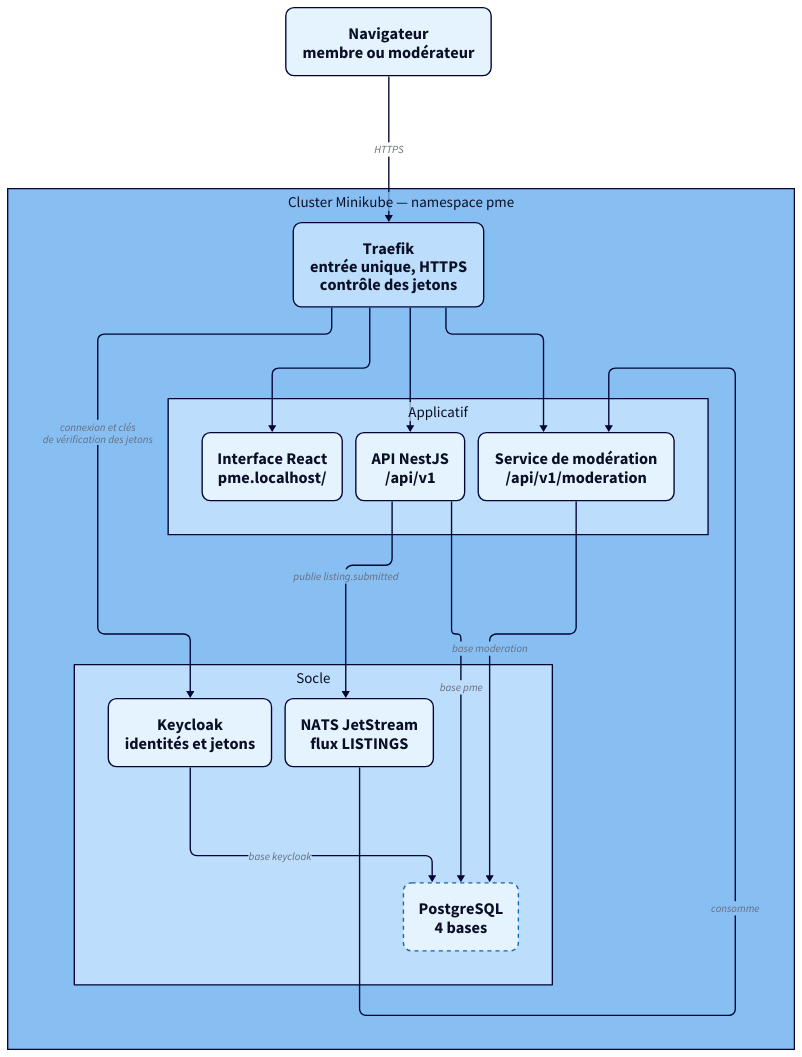
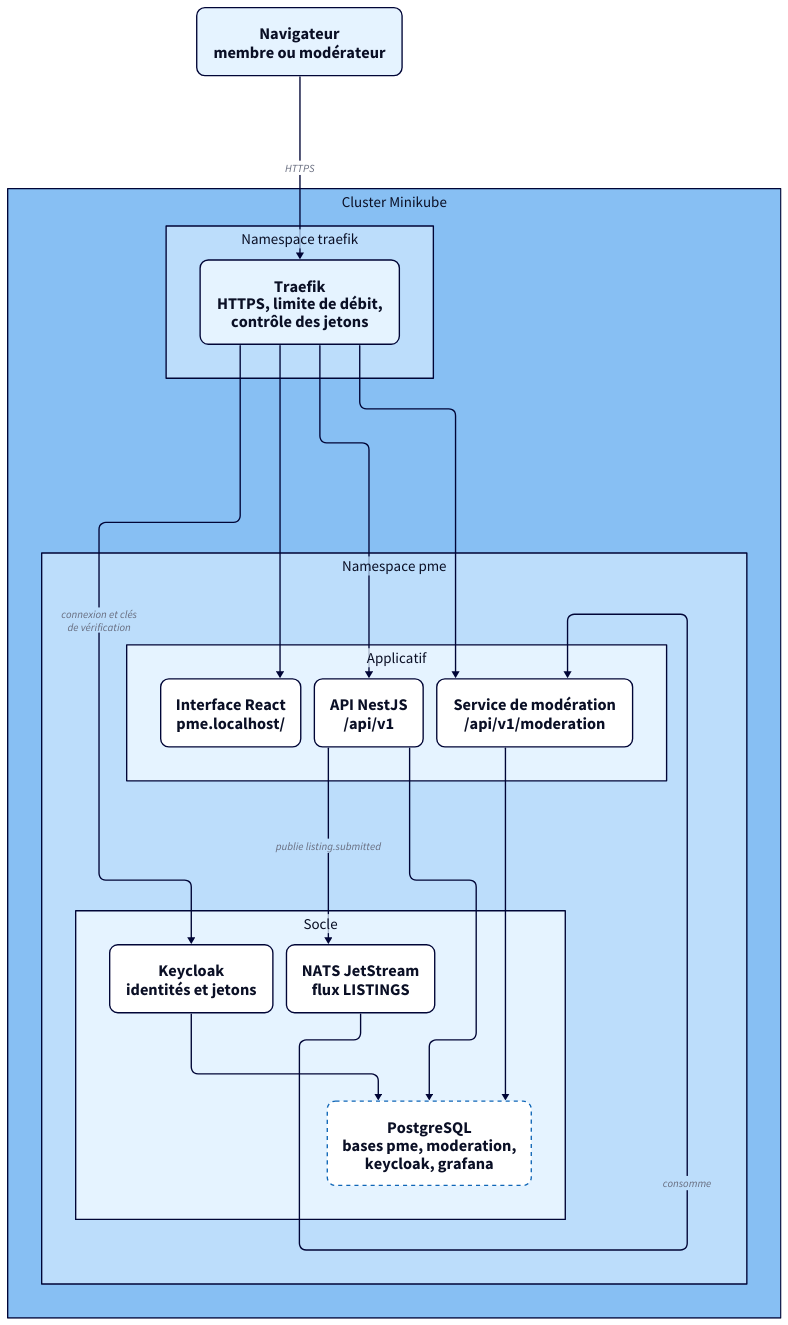
Before and after one commit to kitaah/pme: the first of 2 diagrams in docs/architecture.md, drawn with D2. The commit also changed other lines of this file and 2 other files, not shown here.

Commit message:
feat(ingress): rate limit requests to 200 per minute at Traefik

````diff
--- a/docs/architecture.md
+++ b/docs/architecture.md
@@ -40,62 +55,69 @@
 ```d2
 vars: {
   d2-config: {
     layout-engine: elk
     theme-id: 5
     pad: 8
   }
 }
 direction: down
 
 # Mise en forme commune : texte lisible à la largeur de la page, angles arrondis
 classes: {
   boite: {
     style: {
       font-size: 24
       border-radius: 12
     }
   }
   donnee: {
     style: {
       font-size: 24
       border-radius: 12
       stroke-dash: 3
     }
   }
 }
 
 navigateur: "Navigateur\nmembre ou modérateur" {class: boite}
 
-cluster: "Cluster Minikube — namespace pme" {
+cluster: "Cluster Minikube" {
   style.font-size: 22
 
-  traefik: "Traefik\nentrée unique, HTTPS\ncontrôle des jetons" {class: boite}
-
-  applicatif: "Applicatif" {
+  entree: "Namespace traefik" {
     style.font-size: 22
-    frontend: "Interface React\npme.localhost/" {class: boite}
-    api: "API NestJS\n/api/v1" {class: boite}
-    moderation: "Service de modération\n/api/v1/moderation" {class: boite}
+    traefik: "Traefik\nHTTPS, limite de débit,\ncontrôle des jetons" {class: boite}
   }
 
-  socle: "Socle" {
+  pme: "Namespace pme" {
     style.font-size: 22
-    keycloak: "Keycloak\nidentités et jetons" {class: boite}
-    nats: "NATS JetStream\nflux LISTINGS" {class: boite}
-    postgres: "PostgreSQL\n4 bases" {class: donnee}
+
+    applicatif: "Applicatif" {
+      style.font-size: 22
+      frontend: "Interface React\npme.localhost/" {class: boite}
+      api: "API NestJS\n/api/v1" {class: boite}
+      moderation: "Service de modération\n/api/v1/moderation" {class: boite}
+    }
+
+    socle: "Socle" {
+      style.font-size: 22
+      keycloak: "Keycloak\nidentités et jetons" {class: boite}
+      nats: "NATS JetStream\nflux LISTINGS" {class: boite}
+      postgres: "PostgreSQL\nbases pme, moderation,\nkeycloak, grafana" {class: donnee}
+    }
+
+    applicatif.api -> socle.nats: publie listing.submitted
+    socle.nats -> applicatif.moderation: consomme
+    applicatif.api -> socle.postgres
+    applicatif.moderation -> socle.postgres
+    socle.keycloak -> socle.postgres
   }
 
-  traefik -> applicatif.frontend
-  traefik -> applicatif.api
-  traefik -> applicatif.moderation
-  traefik -> socle.keycloak: connexion et clés\nde vérification des jetons
-
-  applicatif.api -> socle.nats: publie listing.submitted
-  socle.nats -> applicatif.moderation: consomme
-  applicatif.api -> socle.postgres: base pme
-  applicatif.moderation -> socle.postgres: base moderation
-  socle.keycloak -> socle.postgres: base keycloak
+  entree.traefik -> pme.applicatif.frontend
+  entree.traefik -> pme.applicatif.api
+  entree.traefik -> pme.applicatif.moderation
+  entree.traefik -> pme.socle.keycloak: connexion et clés\nde vérification
 }
 
-navigateur -> cluster.traefik: HTTPS
+navigateur -> cluster.entree.traefik: HTTPS
 ```
````
